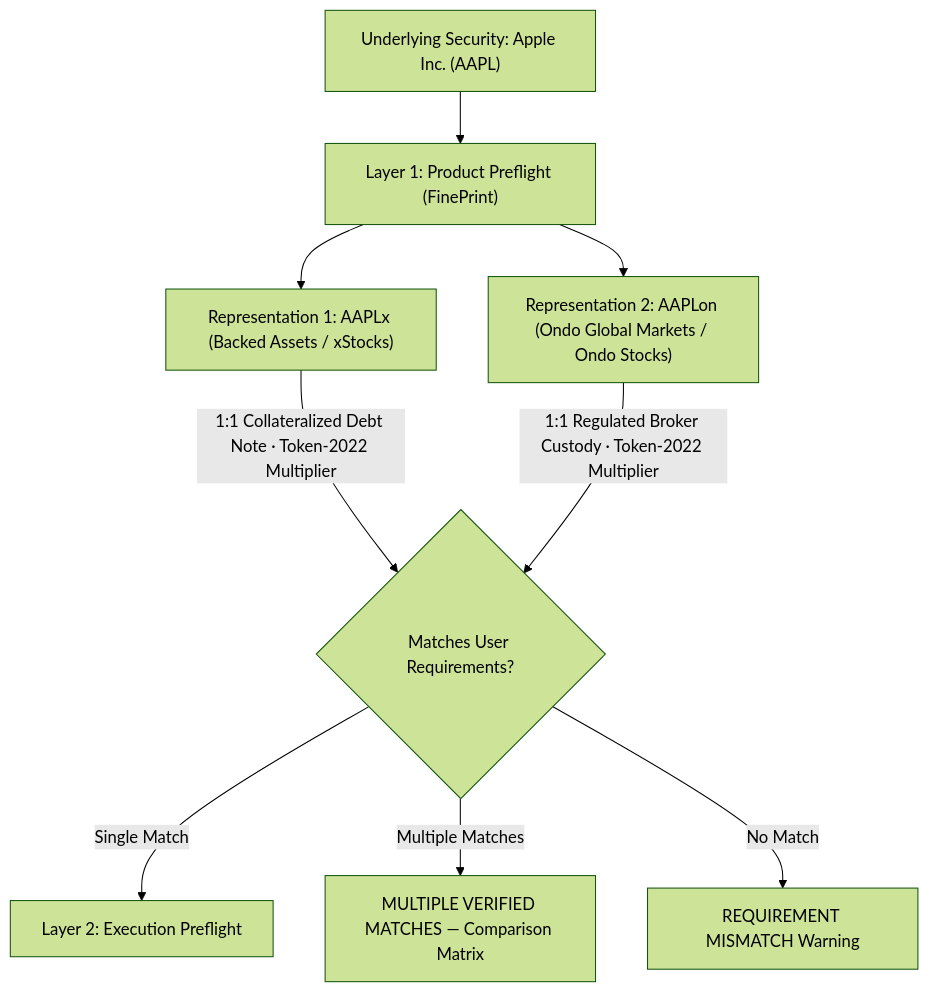
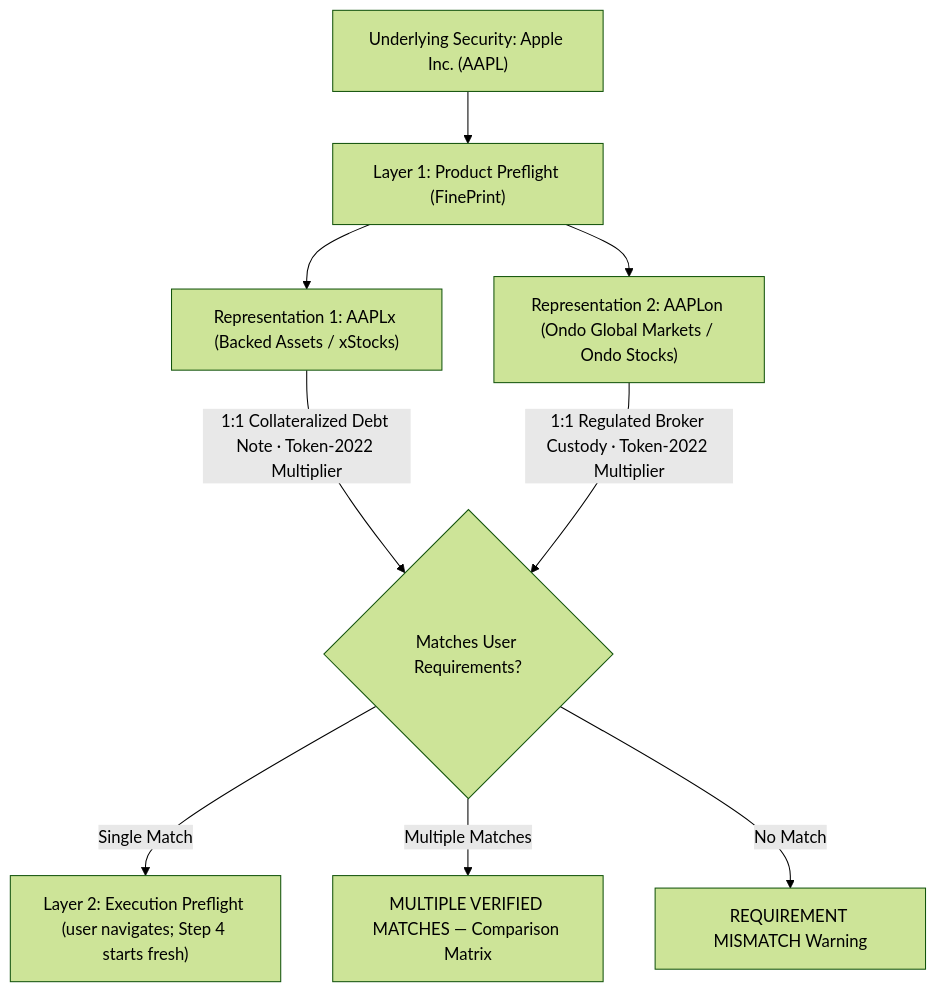
One commit to Techkeyy/justfair changed the diagram in docs/PRODUCT.md. Above: the diagram before and after it, drawn with Mermaid (forest theme). The commit also changed other lines of this file and 30 other files, not shown here.

````diff
--- a/docs/PRODUCT.md
+++ b/docs/PRODUCT.md
@@ -20,11 +20,11 @@
 ```mermaid
 flowchart TD
     A["Underlying Security: Apple Inc. (AAPL)"] --> B["Layer 1: Product Preflight (FinePrint)"]
     B --> C["Representation 1: AAPLx (Backed Assets / xStocks)"]
     B --> D["Representation 2: AAPLon (Ondo Global Markets / Ondo Stocks)"]
     C -->|"1:1 Collateralized Debt Note · Token-2022 Multiplier"| E{"Matches User Requirements?"}
     D -->|"1:1 Regulated Broker Custody · Token-2022 Multiplier"| E
-    E -->|Single Match| F["Layer 2: Execution Preflight"]
+    E -->|Single Match| F["Layer 2: Execution Preflight (user navigates; Step 4 starts fresh)"]
     E -->|Multiple Matches| G["MULTIPLE VERIFIED MATCHES — Comparison Matrix"]
     E -->|No Match| H["REQUIREMENT MISMATCH Warning"]
 ```
````
